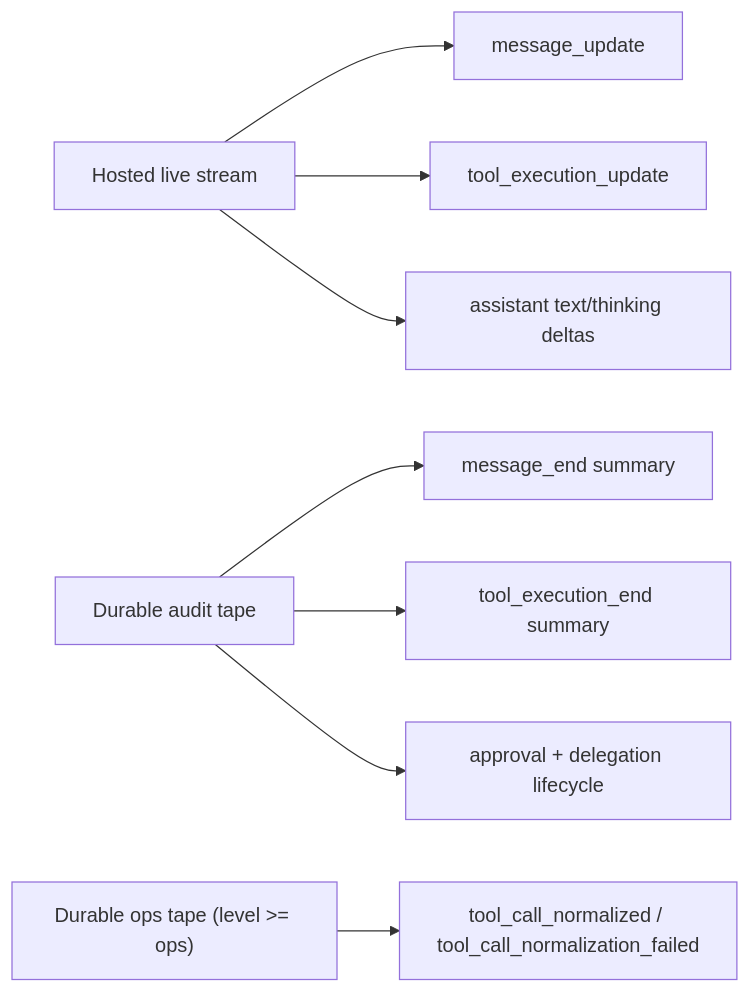
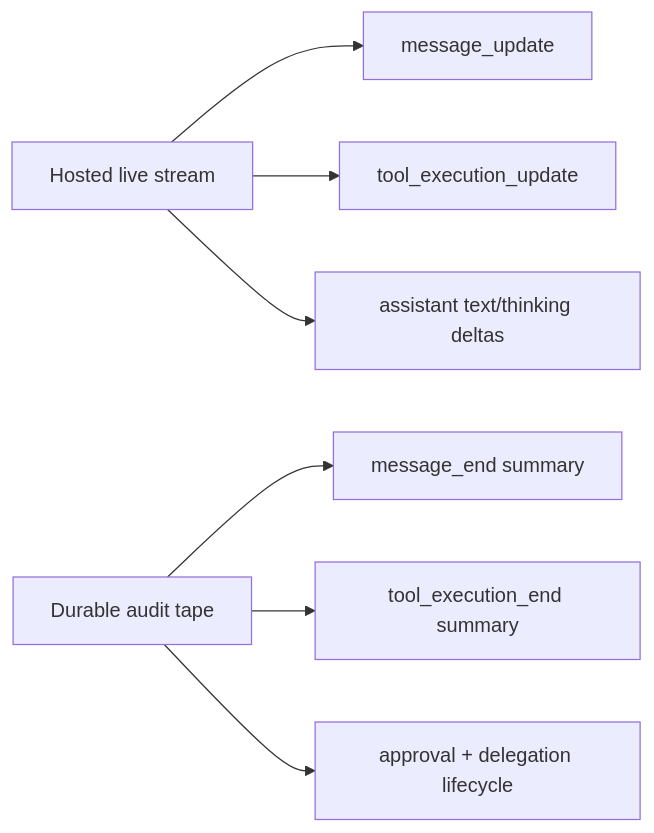
One commit to arcthur/brewva changed the fourth of 9 diagrams in docs/architecture/control-and-data-flow.md. Above: the diagram before and after it, drawn with Mermaid. The commit also changed other lines of this file and 123 other files, not shown here.

````diff
--- a/docs/architecture/control-and-data-flow.md
+++ b/docs/architecture/control-and-data-flow.md
@@ -74,12 +69,10 @@
 ```mermaid
 flowchart LR
   LIVE["Hosted live stream"] --> L1["message_update"]
   LIVE --> L2["tool_execution_update"]
   LIVE --> L3["assistant text/thinking deltas"]
 
   AUDIT["Durable audit tape"] --> A1["message_end summary"]
   AUDIT --> A2["tool_execution_end summary"]
   AUDIT --> A4["approval + delegation lifecycle"]
-
-  OPS["Durable ops tape (level >= ops)"] --> O1["tool_call_normalized / tool_call_normalization_failed"]
 ```
````
